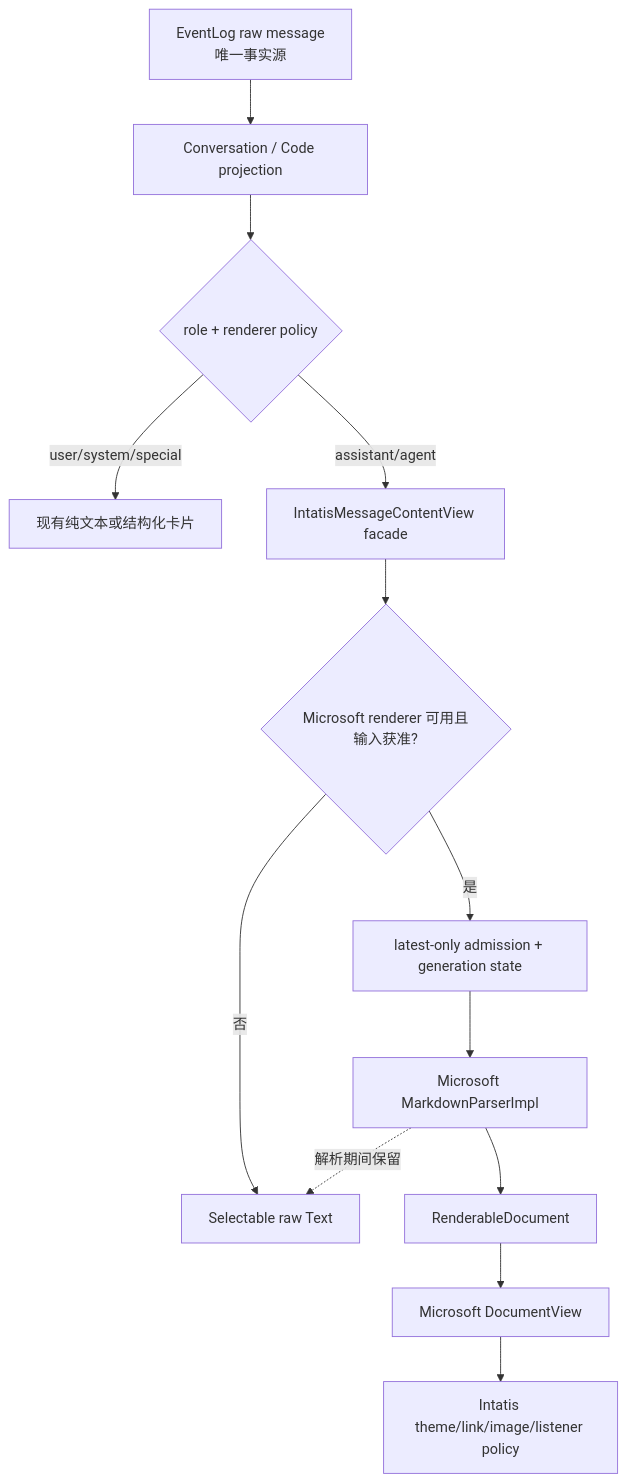
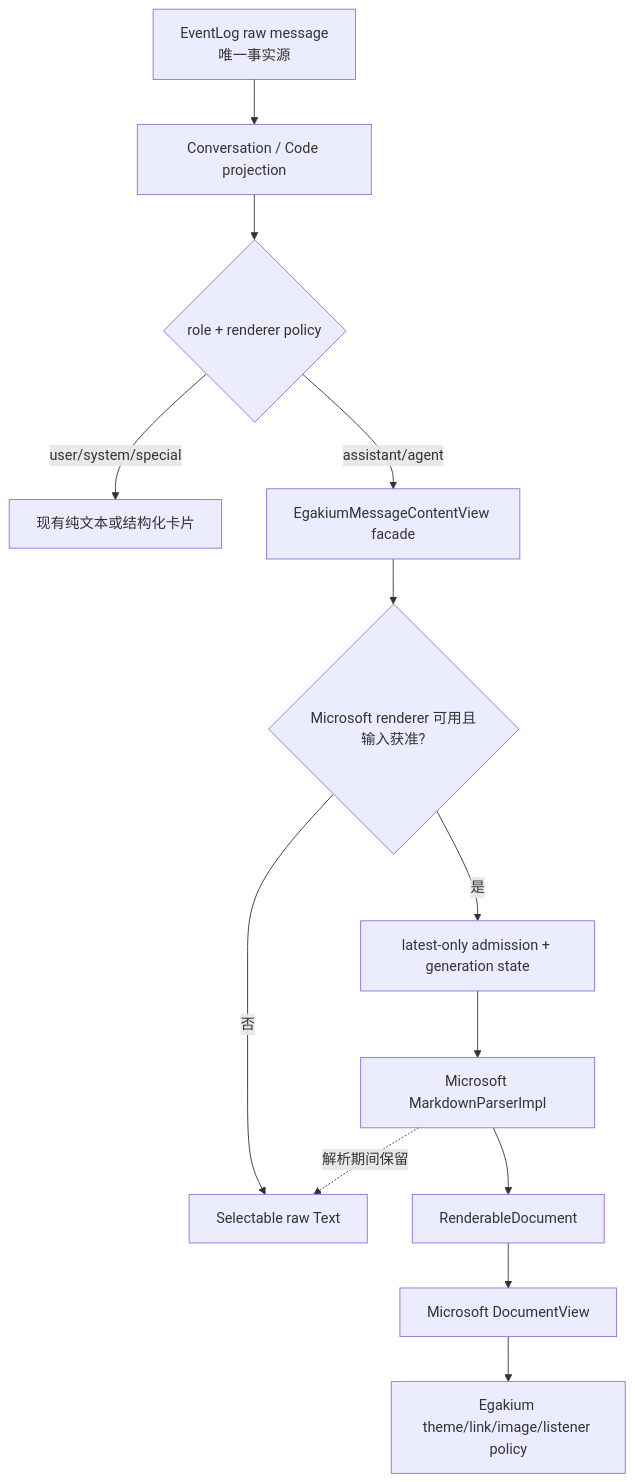
Before and after one commit to Vita0818/Egakium: the diagram in codex-report/07_17_26-22_16-swift-streaming-markdown-adoption-migration-report.md, drawn with Mermaid. The commit also changed other lines of this file and 1204 other files, not shown here.

````diff
--- a/codex-report/07_17_26-22_16-swift-streaming-markdown-adoption-migration-report.md
+++ b/codex-report/07_17_26-22_16-swift-streaming-markdown-adoption-migration-report.md
@@ -406,15 +406,15 @@
 ```mermaid
 flowchart TD
     A["EventLog raw message\n唯一事实源"] --> B["Conversation / Code projection"]
     B --> C{"role + renderer policy"}
     C -->|user/system/special| D["现有纯文本或结构化卡片"]
-    C -->|assistant/agent| E["IntatisMessageContentView facade"]
+    C -->|assistant/agent| E["EgakiumMessageContentView facade"]
     E --> F{"Microsoft renderer 可用且输入获准?"}
     F -->|否| G["Selectable raw Text"]
     F -->|是| H["latest-only admission + generation state"]
     H --> I["Microsoft MarkdownParserImpl"]
     I -.->|解析期间保留| G
     I --> J["RenderableDocument"]
     J --> K["Microsoft DocumentView"]
-    K --> L["Intatis theme/link/image/listener policy"]
+    K --> L["Egakium theme/link/image/listener policy"]
 ```
````
